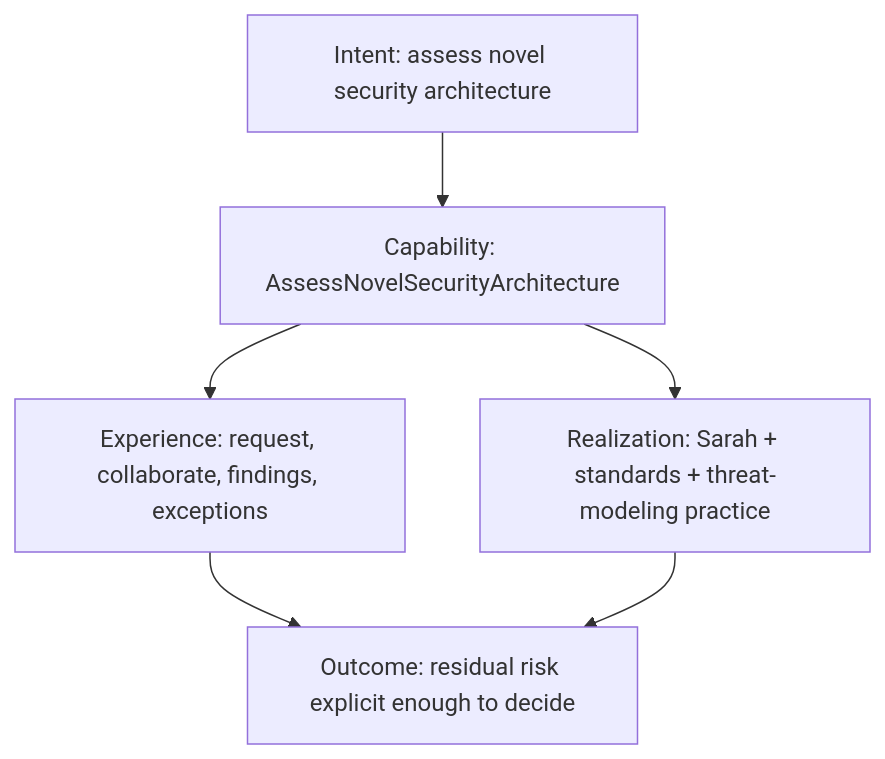
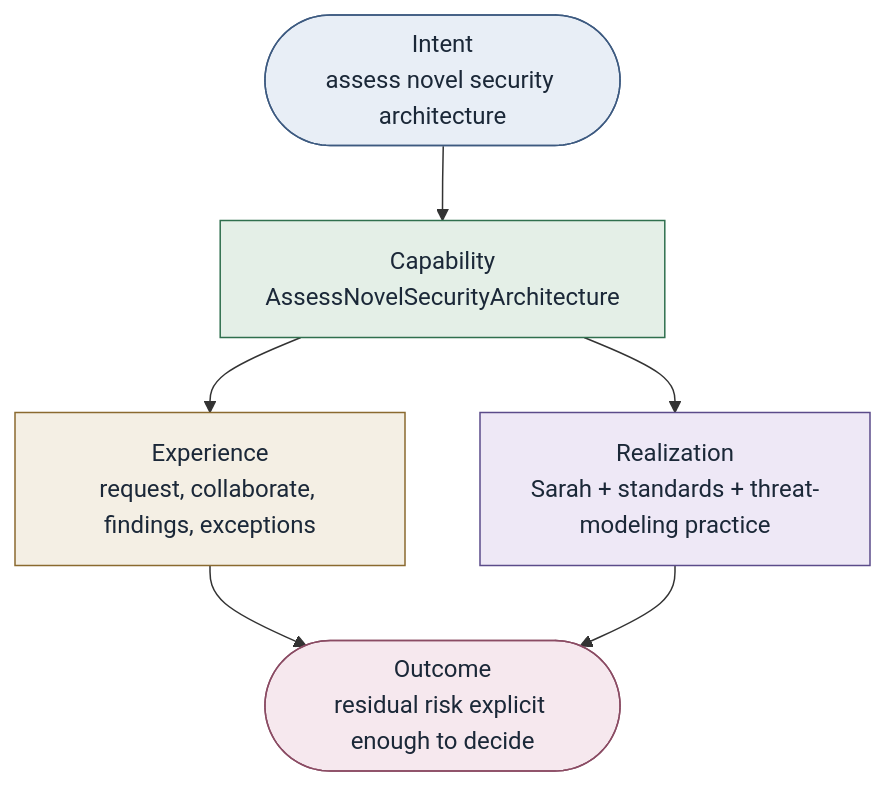
One commit to opsdevcode/convergence changed the diagram in diagrams/assess-novel-security-architecture.md. Above: the diagram before and after it, drawn with Mermaid. The commit also changed other lines of this file and 25 other files, not shown here.

First line of the commit message:
docs: improve mermaid diagrams and page layout

````diff
--- a/diagrams/assess-novel-security-architecture.md
+++ b/diagrams/assess-novel-security-architecture.md
@@ -6,14 +6,20 @@
 ```mermaid
 flowchart TB
-  Intent["Intent: assess novel security architecture"]
-  Cap["Capability: AssessNovelSecurityArchitecture"]
-  Exp["Experience: request, collaborate, findings, exceptions"]
-  Real["Realization: Sarah + standards + threat-modeling practice"]
-  Out["Outcome: residual risk explicit enough to decide"]
+  Intent(["Intent<br/>assess novel security architecture"]):::intent
+  Cap["Capability<br/>AssessNovelSecurityArchitecture"]:::cap
+  Exp["Experience<br/>request, collaborate, findings, exceptions"]:::exp
+  Real["Realization<br/>Sarah + standards + threat-modeling practice"]:::real
+  Out(["Outcome<br/>residual risk explicit enough to decide"]):::out
 
   Intent --> Cap
   Cap --> Exp
   Cap --> Real
   Exp --> Out
   Real --> Out
+
+  classDef intent fill:#E8EEF6,stroke:#3D5A80,color:#1B2838
+  classDef cap fill:#E4EFE7,stroke:#2F6F4E,color:#1B2838
+  classDef exp fill:#F4EFE4,stroke:#8A6A2F,color:#1B2838
+  classDef real fill:#EEE8F6,stroke:#5B4B8A,color:#1B2838
+  classDef out fill:#F6E8EE,stroke:#8A4B63,color:#1B2838
 ```
````
